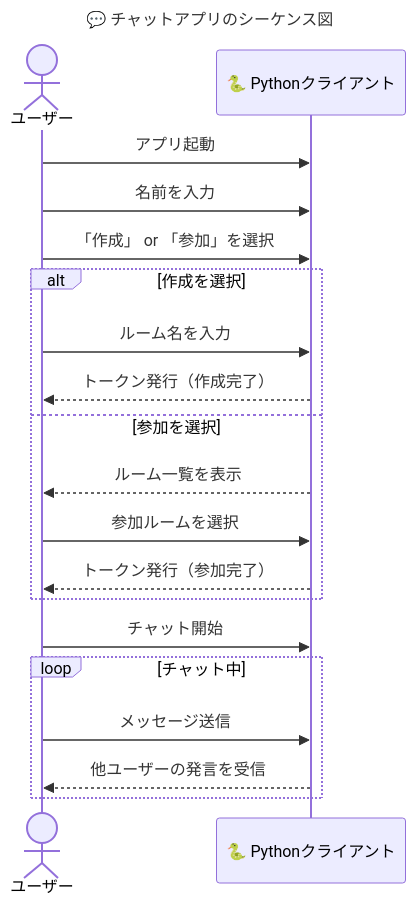
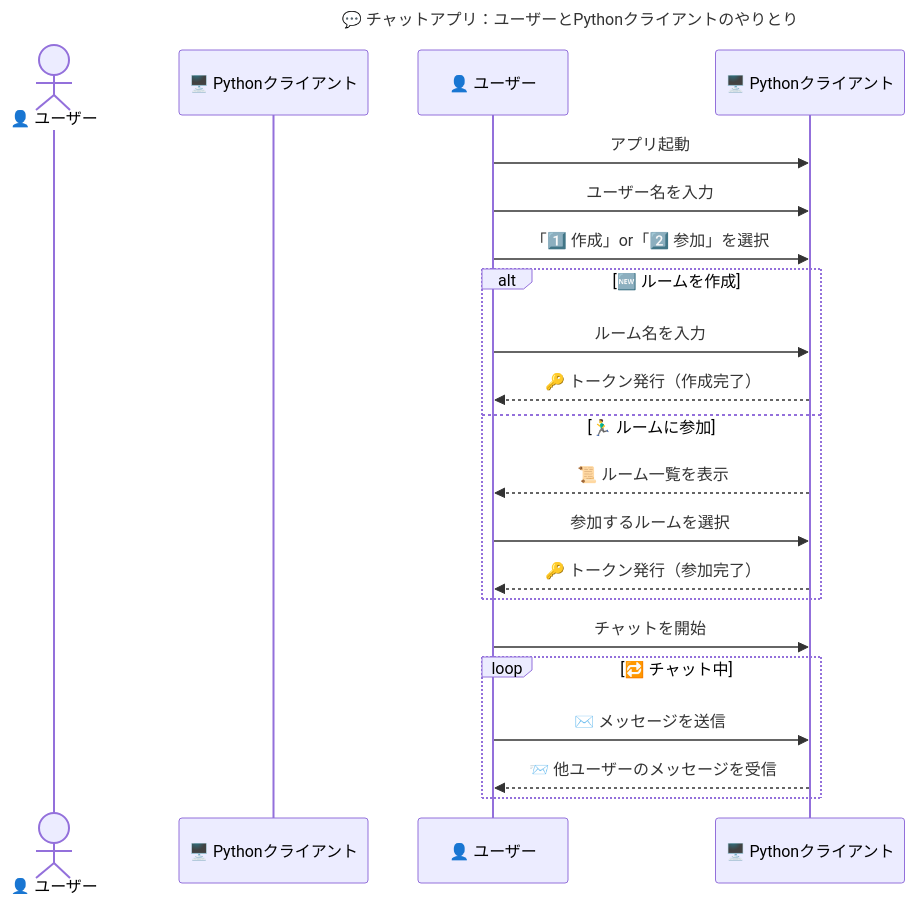
The first of 2 diagrams in README.md (BackendExplorer/Tenshin), drawn with Mermaid before and after one commit.

````diff
--- a/README.md
+++ b/README.md
@@ -1,32 +1,31 @@
 ```mermaid
 sequenceDiagram
-    title 💬 チャットアプリのシーケンス図
+    title 💬 チャットアプリ：ユーザーとPythonクライアントのやりとり
 
-    actor ユーザー
-    participant クライアント as 🐍 Pythonクライアント
+    actor ユーザー as 👤 ユーザー
+    participant クライアント as 🖥️ Pythonクライアント
 
-    %% 起動
-    ユーザー->>クライアント: アプリ起動
-    ユーザー->>クライアント: 名前を入力
-    ユーザー->>クライアント: 「作成」 or 「参加」を選択
+    %% === 🚀 起動フェーズ ===
+    👤 ユーザー->>🖥️ Pythonクライアント: アプリ起動
+    👤 ユーザー->>🖥️ Pythonクライアント: ユーザー名を入力
+    👤 ユーザー->>🖥️ Pythonクライアント: 「1️⃣ 作成」or「2️⃣ 参加」を選択
 
-    %% ルーム処理
-    alt 作成を選択
-        ユーザー->>クライアント: ルーム名を入力
-        クライアント-->>ユーザー: トークン発行（作成完了）
-    else 参加を選択
-        クライアント-->>ユーザー: ルーム一覧を表示
-        ユーザー->>クライアント: 参加ルームを選択
-        クライアント-->>ユーザー: トークン発行（参加完了）
+    %% === 🏠 ルーム選択フェーズ ===
+    alt 🆕 ルームを作成
+        👤 ユーザー->>🖥️ Pythonクライアント: ルーム名を入力
+        🖥️ Pythonクライアント-->>👤 ユーザー: 🔑 トークン発行（作成完了）
+    else 🏃‍♂️ ルームに参加
+        🖥️ Pythonクライアント-->>👤 ユーザー: 📜 ルーム一覧を表示
+        👤 ユーザー->>🖥️ Pythonクライアント: 参加するルームを選択
+        🖥️ Pythonクライアント-->>👤 ユーザー: 🔑 トークン発行（参加完了）
     end
 
-    %% チャット開始
-    ユーザー->>クライアント: チャット開始
+    %% === 💬 チャットフェーズ ===
+    👤 ユーザー->>🖥️ Pythonクライアント: チャットを開始
 
-    loop チャット中
-        ユーザー->>クライアント: メッセージ送信
-        クライアント-->>ユーザー: 他ユーザーの発言を受信
+    loop 🔁 チャット中
+        👤 ユーザー->>🖥️ Pythonクライアント: ✉️ メッセージを送信
+        🖥️ Pythonクライアント-->>👤 ユーザー: 📨 他ユーザーのメッセージを受信
     end
 
-
 ```
````
